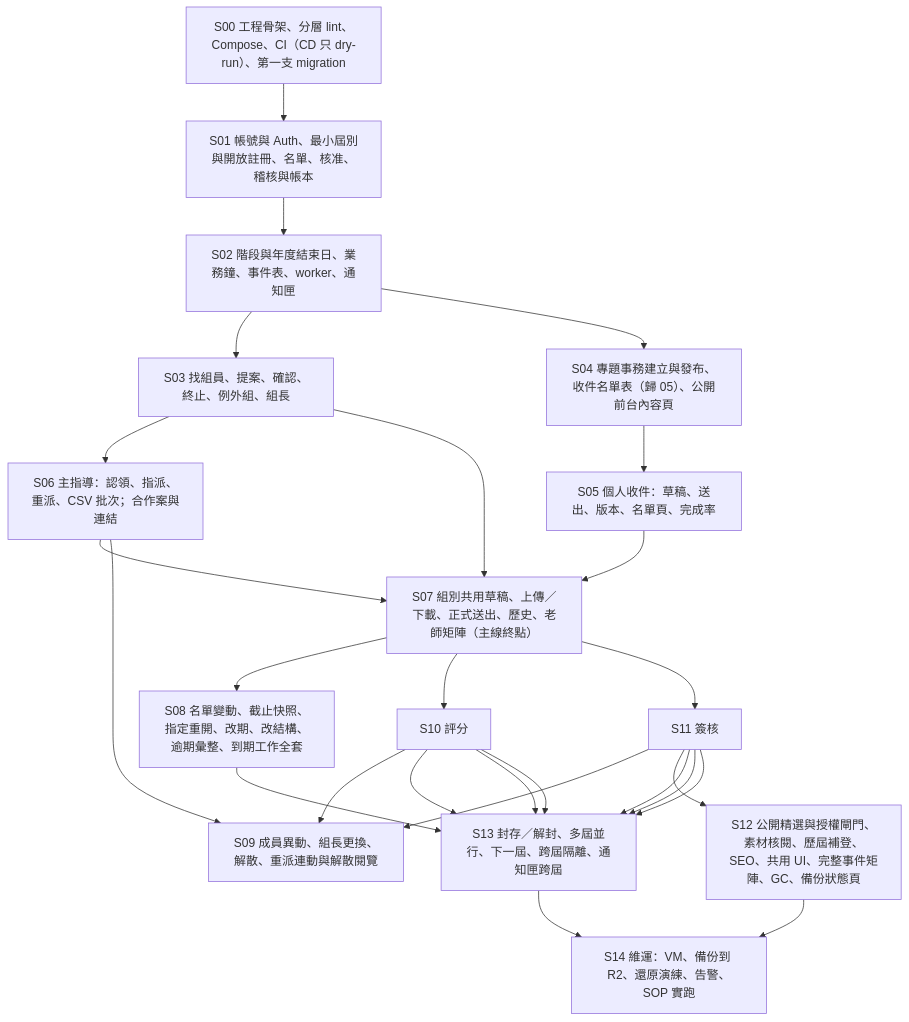
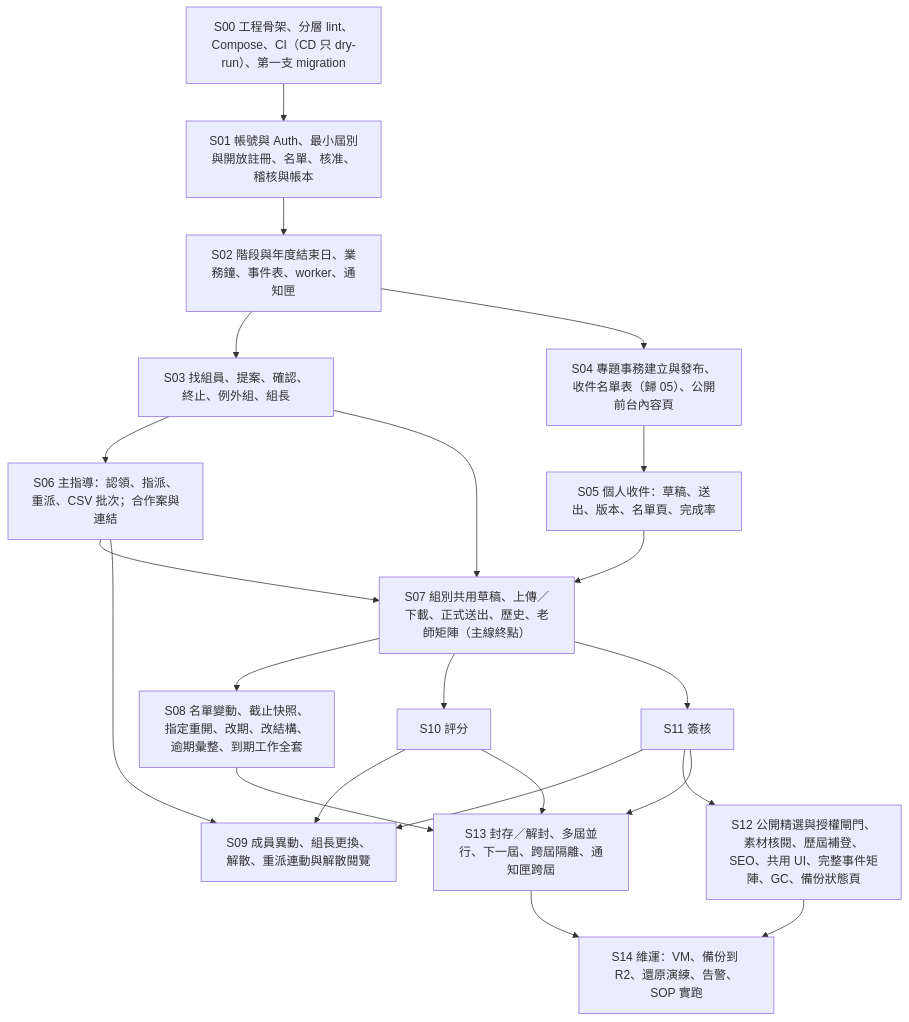
Before and after one commit to roy4222/fju-im-project: the diagram in docs/engineering/slices/00 切片總圖與依賴.md, drawn with Mermaid. The commit also changed other lines of this file and 27 other files, not shown here.

````diff
--- a/docs/engineering/slices/00 切片總圖與依賴.md
+++ b/docs/engineering/slices/00 切片總圖與依賴.md
@@ -13,28 +13,24 @@
 ```mermaid
 flowchart TB
   S00["S00 工程骨架、分層 lint、Compose、CI（CD 只 dry-run）、第一支 migration"] --> S01["S01 帳號與 Auth、最小屆別與開放註冊、名單、核准、稽核與帳本"]
   S01 --> S02["S02 階段與年度結束日、業務鐘、事件表、worker、通知匣"]
   S02 --> S03["S03 找組員、提案、確認、終止、例外組、組長"]
   S02 --> S04["S04 專題事務建立與發布、收件名單表（歸 05）、公開前台內容頁"]
   S04 --> S05["S05 個人收件：草稿、送出、版本、名單頁、完成率"]
   S03 --> S06["S06 主指導：認領、指派、重派、CSV 批次；合作案與連結"]
   S03 --> S07
   S05 --> S07
   S06 --> S07["S07 組別共用草稿、上傳／下載、正式送出、歷史、老師矩陣（主線終點）"]
   S07 --> S08["S08 名單變動、截止快照、指定重開、改期、改結構、逾期彙整、到期工作全套"]
   S07 --> S10["S10 評分"]
   S07 --> S11["S11 簽核"]
   S10 --> S09["S09 成員異動、組長更換、解散、重派連動與解散閱覽"]
   S11 --> S09
   S06 --> S09
   S11 --> S12["S12 公開精選與授權閘門、素材核閱、歷屆補登、SEO、共用 UI、完整事件矩陣、GC、備份狀態頁"]
   S08 --> S13["S13 封存／解封、多屆並行、下一屆、跨屆隔離、通知匣跨屆"]
   S10 --> S13
   S11 --> S13
-  S10 --> S13
-  S11 --> S13
-  S10 --> S13
-  S11 --> S13
   S12 --> S14["S14 維運：VM、備份到 R2、還原演練、告警、SOP 實跑"]
   S13 --> S14
 ```
````
